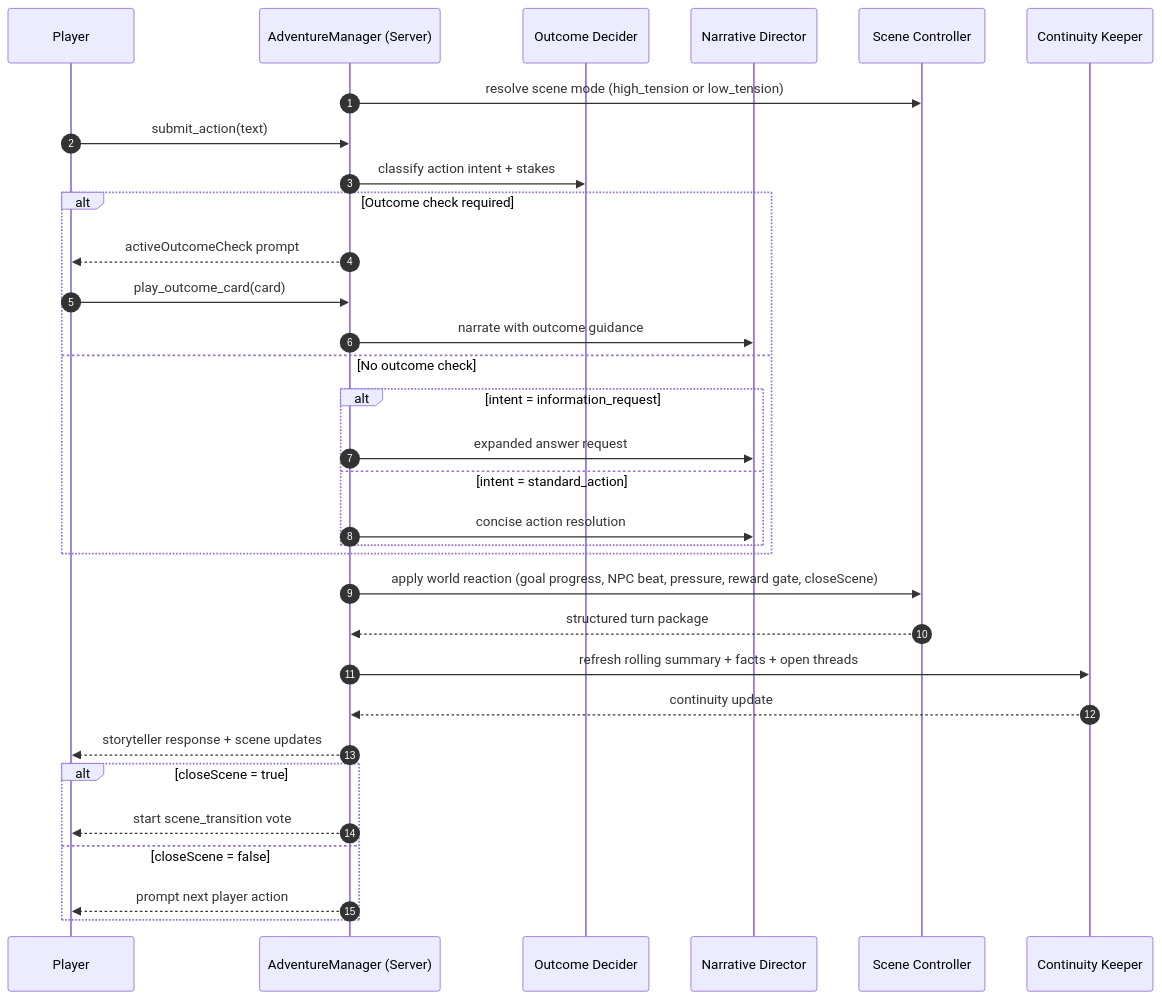
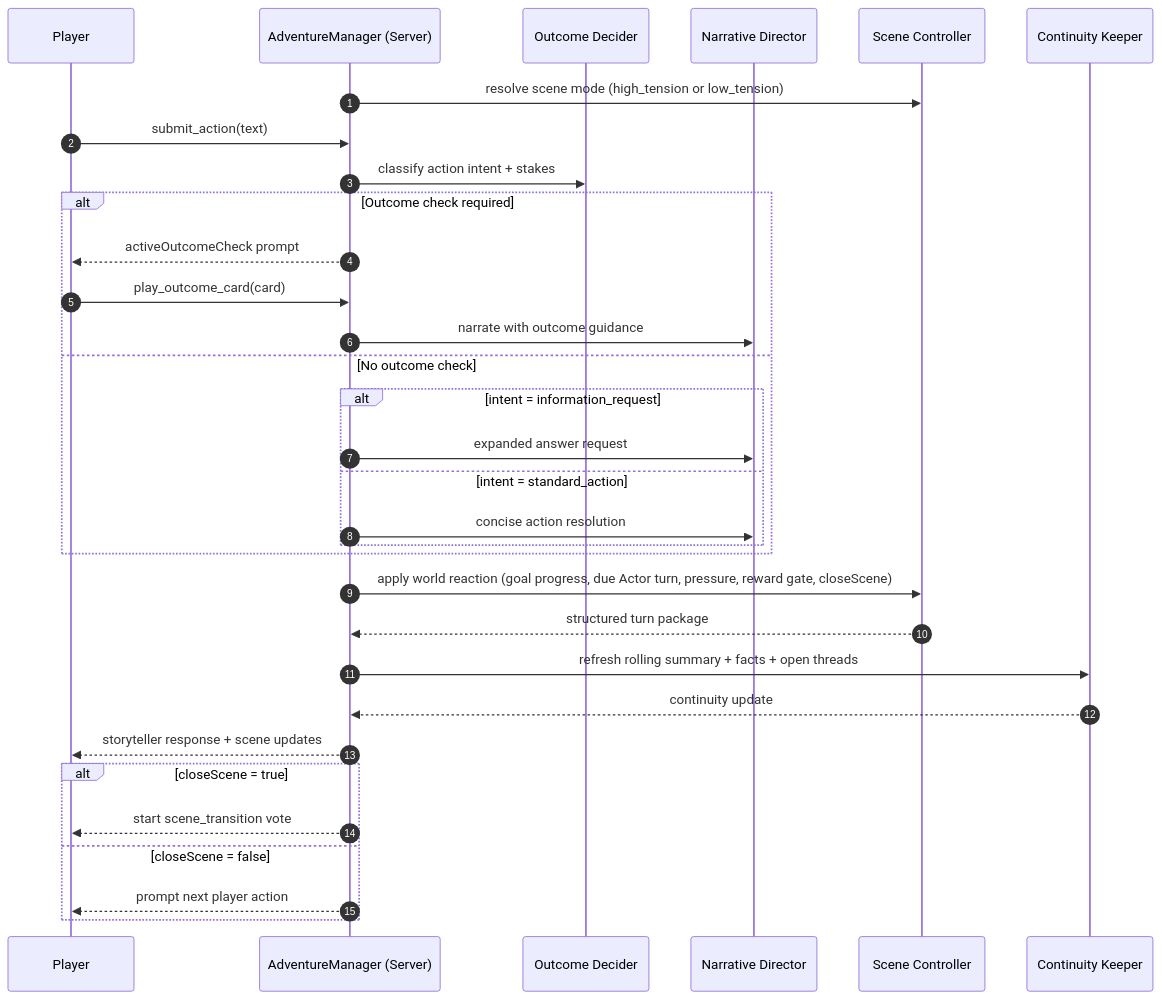
One commit to tomasreichmann/mighty-decks-ai-storyteller changed the first of 2 diagrams in docs/12-scene-loop-flow.md. Above: the diagram before and after it, drawn with Mermaid. The commit also changed other lines of this file and 24 other files, not shown here.

````diff
--- a/docs/12-scene-loop-flow.md
+++ b/docs/12-scene-loop-flow.md
@@ -14,39 +16,39 @@
 ```mermaid
 sequenceDiagram
   autonumber
   participant P as Player
   participant S as AdventureManager (Server)
   participant O as Outcome Decider
   participant N as Narrative Director
   participant C as Scene Controller
   participant K as Continuity Keeper
 
   S->>C: resolve scene mode (high_tension or low_tension)
 
   P->>S: submit_action(text)
   S->>O: classify action intent + stakes
 
   alt Outcome check required
     S-->>P: activeOutcomeCheck prompt
     P->>S: play_outcome_card(card)
     S->>N: narrate with outcome guidance
   else No outcome check
     alt intent = information_request
       S->>N: expanded answer request
     else intent = standard_action
       S->>N: concise action resolution
     end
   end
 
-  S->>C: apply world reaction (goal progress, NPC beat, pressure, reward gate, closeScene)
+  S->>C: apply world reaction (goal progress, due Actor turn, pressure, reward gate, closeScene)
   C-->>S: structured turn package
   S->>K: refresh rolling summary + facts + open threads
   K-->>S: continuity update
   S-->>P: storyteller response + scene updates
 
   alt closeScene = true
     S-->>P: start scene_transition vote
   else closeScene = false
     S-->>P: prompt next player action
   end
 ```
````
